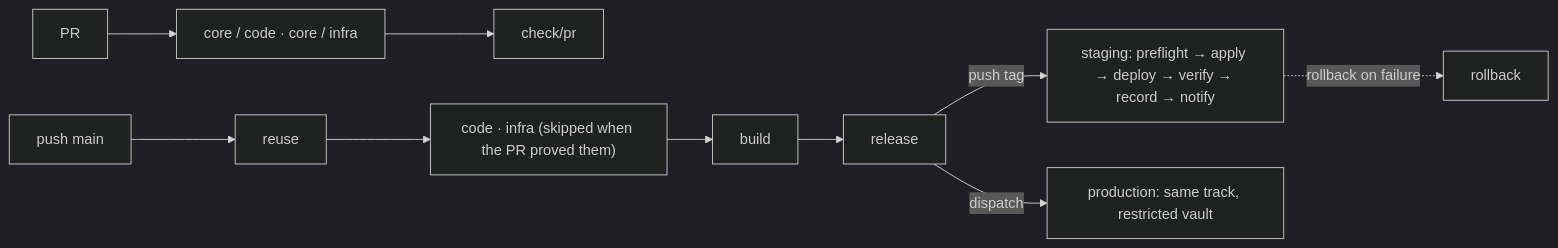
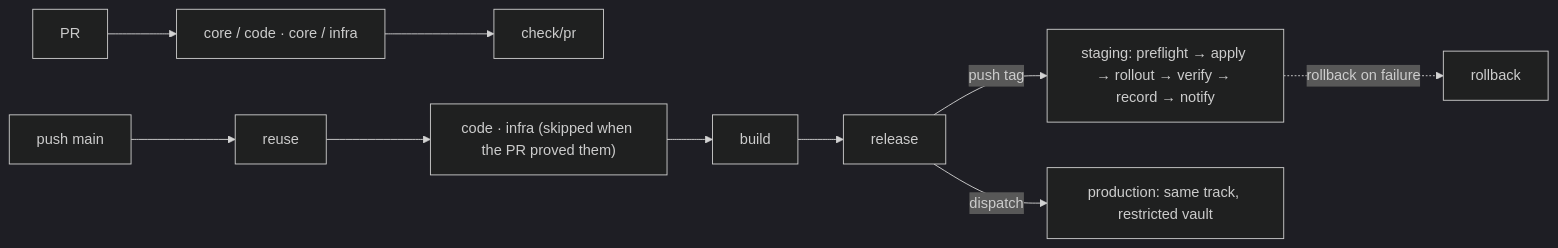
The diagram in README.md (br4zz4/pipelines), drawn with Mermaid (dark theme) before and after one commit. The commit also changed other lines of this file and 4 other files, not shown here.

Commit message:
docs: update deploy step vocab and test suites to rollout/checks/deploy paths

````diff
--- a/README.md
+++ b/README.md
@@ -35,8 +35,8 @@
 ```mermaid
 flowchart LR
   pr[PR] --> lanes["core / code · core / infra"] --> gate["check/pr"]
   main[push main] --> reuse --> lanes2["code · infra (skipped when the PR proved them)"] --> build --> release
-  release -->|push tag| staging["staging: preflight → apply → deploy → verify → record → notify"]
+  release -->|push tag| staging["staging: preflight → apply → rollout → verify → record → notify"]
   release -->|dispatch| production["production: same track, restricted vault"]
   staging -.->|rollback on failure| rb[rollback]
 ```
````
